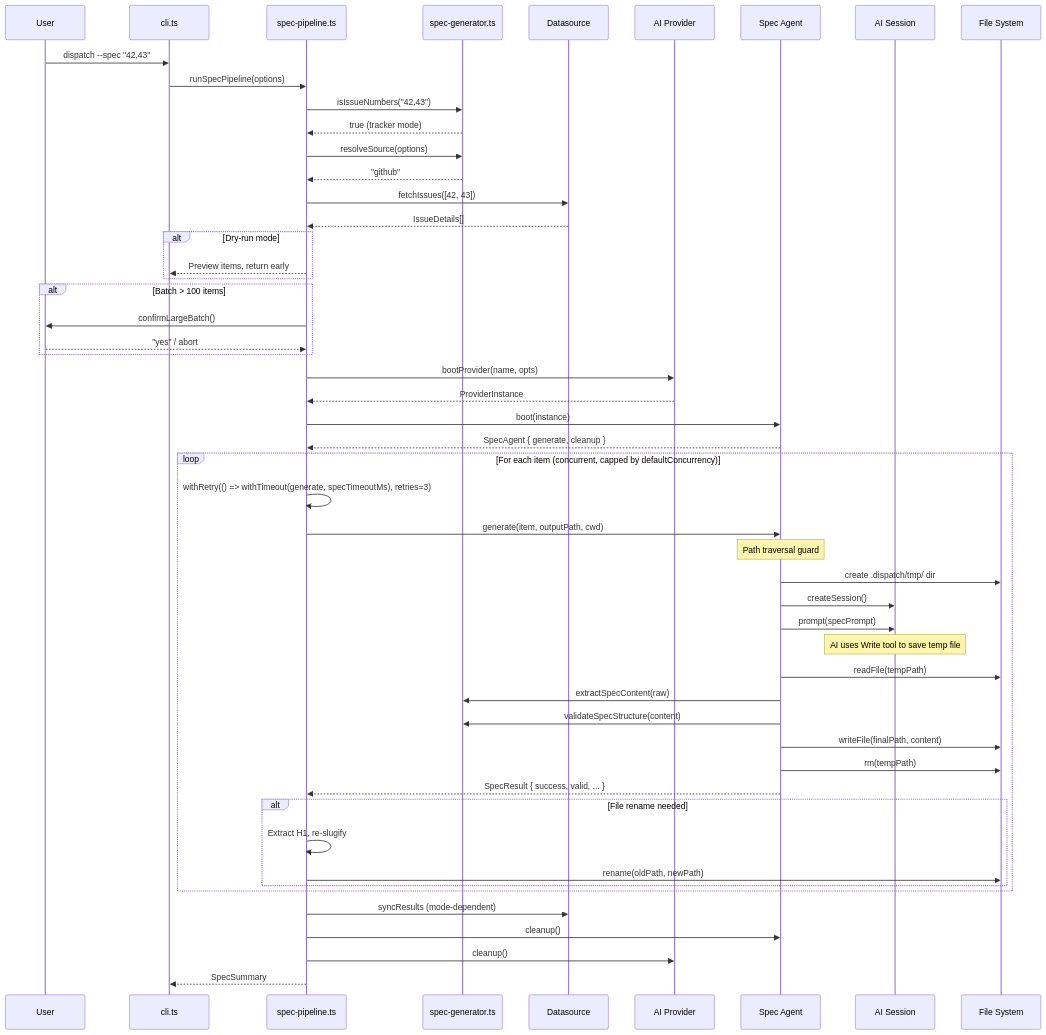
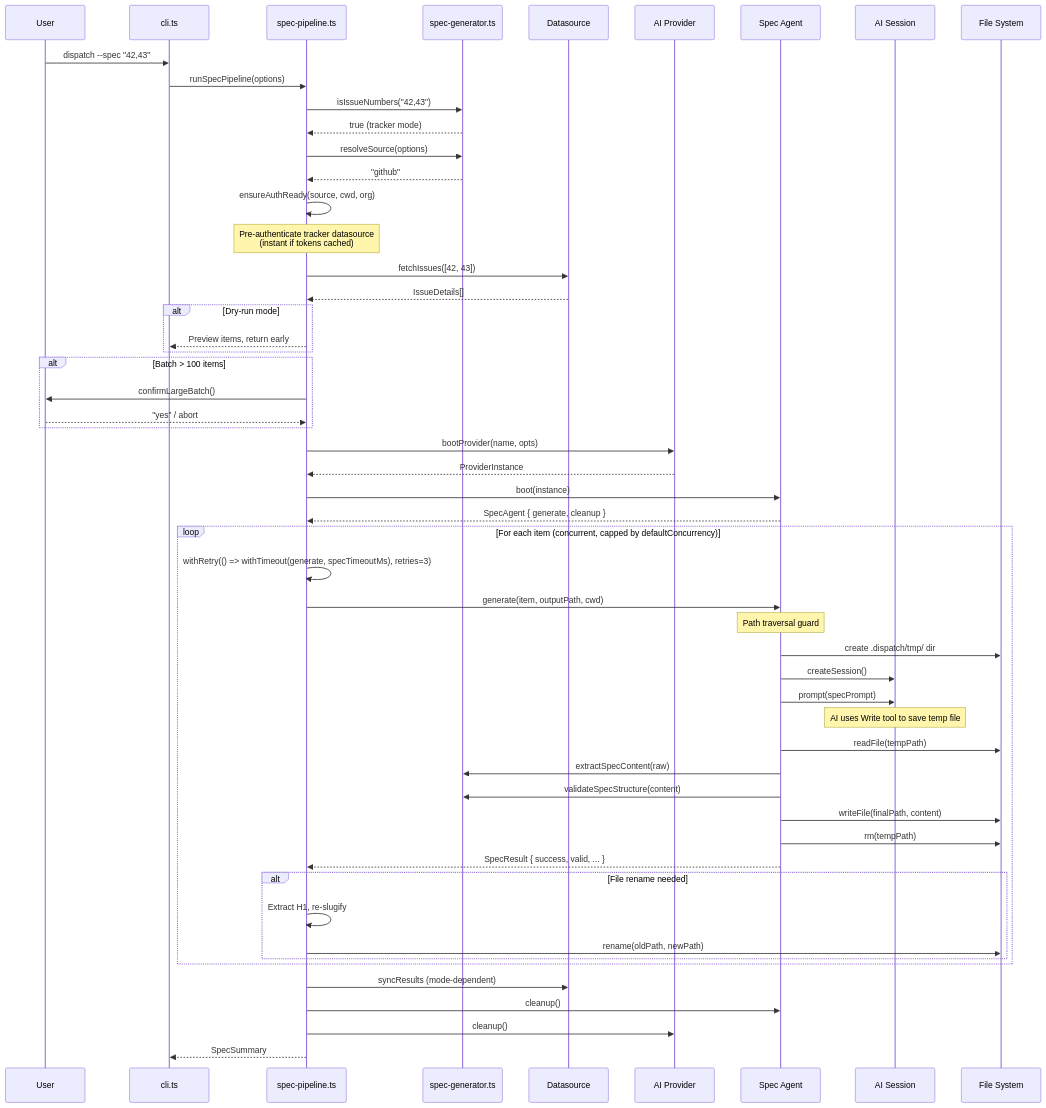
One commit to PatrickRuddiman/Dispatch changed the third of 4 diagrams in docs/spec-generation/overview.md. Above: the diagram before and after it, drawn with Mermaid. The commit also changed 13 other files, not shown here.

````diff
--- a/docs/spec-generation/overview.md
+++ b/docs/spec-generation/overview.md
@@ -192,66 +192,69 @@
 ```mermaid
 sequenceDiagram
     participant User
     participant CLI as cli.ts
     participant Pipeline as spec-pipeline.ts
     participant SG as spec-generator.ts
     participant DS as Datasource
     participant Provider as AI Provider
     participant Agent as Spec Agent
     participant AI as AI Session
     participant FS as File System
 
     User->>CLI: dispatch --spec "42,43"
     CLI->>Pipeline: runSpecPipeline(options)
 
     Pipeline->>SG: isIssueNumbers("42,43")
     SG-->>Pipeline: true (tracker mode)
 
     Pipeline->>SG: resolveSource(options)
     SG-->>Pipeline: "github"
+
+    Pipeline->>Pipeline: ensureAuthReady(source, cwd, org)
+    Note over Pipeline: Pre-authenticate tracker datasource<br/>(instant if tokens cached)
 
     Pipeline->>DS: fetchIssues([42, 43])
     DS-->>Pipeline: IssueDetails[]
 
     alt Dry-run mode
         Pipeline-->>CLI: Preview items, return early
     end
 
     alt Batch > 100 items
         Pipeline->>User: confirmLargeBatch()
         User-->>Pipeline: "yes" / abort
     end
 
     Pipeline->>Provider: bootProvider(name, opts)
     Provider-->>Pipeline: ProviderInstance
 
     Pipeline->>Agent: boot(instance)
     Agent-->>Pipeline: SpecAgent { generate, cleanup }
 
     loop For each item (concurrent, capped by defaultConcurrency)
         Pipeline->>Pipeline: withRetry(() => withTimeout(generate, specTimeoutMs), retries=3)
         Pipeline->>Agent: generate(item, outputPath, cwd)
 
         Note over Agent: Path traversal guard
         Agent->>FS: create .dispatch/tmp/ dir
         Agent->>AI: createSession()
         Agent->>AI: prompt(specPrompt)
         Note over AI: AI uses Write tool to save temp file
         Agent->>FS: readFile(tempPath)
         Agent->>SG: extractSpecContent(raw)
         Agent->>SG: validateSpecStructure(content)
         Agent->>FS: writeFile(finalPath, content)
         Agent->>FS: rm(tempPath)
         Agent-->>Pipeline: SpecResult { success, valid, ... }
 
         alt File rename needed
             Pipeline->>Pipeline: Extract H1, re-slugify
             Pipeline->>FS: rename(oldPath, newPath)
         end
     end
 
     Pipeline->>DS: syncResults (mode-dependent)
     Pipeline->>Agent: cleanup()
     Pipeline->>Provider: cleanup()
     Pipeline-->>CLI: SpecSummary
 ```
````
